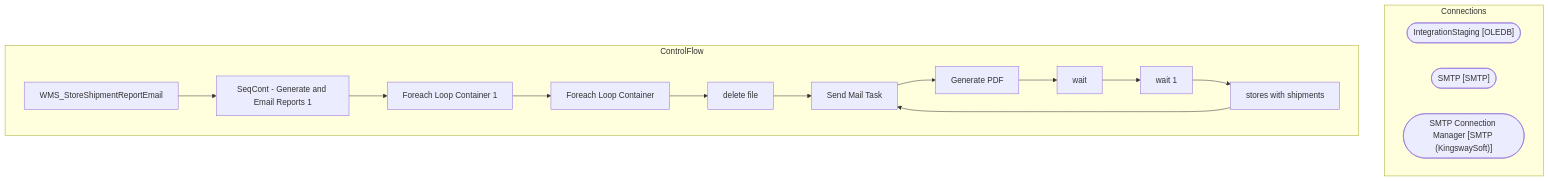
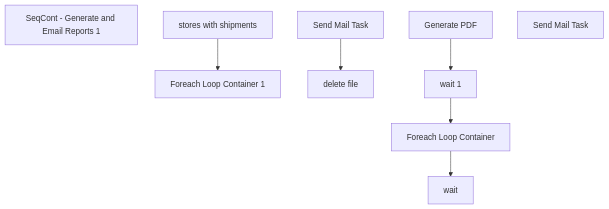
The diagram in bab-docs-explorer/Documentation/STL-SSIS-P-01/SSIS/WMS/WMS_StoreShipmentReportEmail.WMS_StoreShipmentReportEmail.md (juanandresbrain/BABSkills), drawn with Mermaid before and after one commit. The commit also changed other lines of this file and 273 other files, not shown here.

````diff
--- a/bab-docs-explorer/Documentation/STL-SSIS-P-01/SSIS/WMS/WMS_StoreShipmentReportEmail.WMS_StoreShipmentReportEmail.md
+++ b/bab-docs-explorer/Documentation/STL-SSIS-P-01/SSIS/WMS/WMS_StoreShipmentReportEmail.WMS_StoreShipmentReportEmail.md
@@ -9,31 +48,18 @@
 ```mermaid
 flowchart TD
-    subgraph Connections
-        IntegrationStaging_conn(["IntegrationStaging [OLEDB]"])
-        SMTP_conn(["SMTP [SMTP]"])
-        SMTP_Connection_Manager_conn(["SMTP Connection Manager [SMTP (KingswaySoft)]"])
-    end
-    subgraph ControlFlow
-        WMS_StoreShipmentReportEmail_task["WMS_StoreShipmentReportEmail"]
-        SeqCont___Generate_and_Email_Reports_1_task["SeqCont - Generate and Email Reports 1"]
-        WMS_StoreShipmentReportEmail_task --> SeqCont___Generate_and_Email_Reports_1_task
-        Foreach_Loop_Container_1_task["Foreach Loop Container 1"]
-        SeqCont___Generate_and_Email_Reports_1_task --> Foreach_Loop_Container_1_task
-        Foreach_Loop_Container_task["Foreach Loop Container"]
-        Foreach_Loop_Container_1_task --> Foreach_Loop_Container_task
-        delete_file_task["delete file"]
-        Foreach_Loop_Container_task --> delete_file_task
-        Send_Mail_Task_task["Send Mail Task"]
-        delete_file_task --> Send_Mail_Task_task
-        Generate_PDF_task["Generate PDF"]
-        Send_Mail_Task_task --> Generate_PDF_task
-        wait_task["wait"]
-        Generate_PDF_task --> wait_task
-        wait_1_task["wait 1"]
-        wait_task --> wait_1_task
-        stores_with_shipments_task["stores with shipments"]
-        wait_1_task --> stores_with_shipments_task
-        Send_Mail_Task_task["Send Mail Task"]
-        stores_with_shipments_task --> Send_Mail_Task_task
-    end
+    n_Package_SeqCont___Generate_and_Email_Reports_1["SeqCont - Generate and Email Reports 1"]
+    n_Package_SeqCont___Generate_and_Email_Reports_1_Foreach_Loop_Container_1["Foreach Loop Container 1"]
+    n_Package_SeqCont___Generate_and_Email_Reports_1_Foreach_Loop_Container_1_Foreach_Loop_Container["Foreach Loop Container"]
+    n_Package_SeqCont___Generate_and_Email_Reports_1_Foreach_Loop_Container_1_Foreach_Loop_Container_delete_file["delete file"]
+    n_Package_SeqCont___Generate_and_Email_Reports_1_Foreach_Loop_Container_1_Foreach_Loop_Container_Send_Mail_Task["Send Mail Task"]
+    n_Package_SeqCont___Generate_and_Email_Reports_1_Foreach_Loop_Container_1_Generate_PDF["Generate PDF"]
+    n_Package_SeqCont___Generate_and_Email_Reports_1_Foreach_Loop_Container_1_wait["wait"]
+    n_Package_SeqCont___Generate_and_Email_Reports_1_Foreach_Loop_Container_1_wait_1["wait 1"]
+    n_Package_SeqCont___Generate_and_Email_Reports_1_stores_with_shipments["stores with shipments"]
+    n_Package_EventHandlers_OnError__Send_Mail_Task["Send Mail Task"]
+    n_Package_SeqCont___Generate_and_Email_Reports_1_Foreach_Loop_Container_1_Foreach_Loop_Container_Send_Mail_Task --> n_Package_SeqCont___Generate_and_Email_Reports_1_Foreach_Loop_Container_1_Foreach_Loop_Container_delete_file
+    n_Package_SeqCont___Generate_and_Email_Reports_1_Foreach_Loop_Container_1_wait_1 --> n_Package_SeqCont___Generate_and_Email_Reports_1_Foreach_Loop_Container_1_Foreach_Loop_Container
+    n_Package_SeqCont___Generate_and_Email_Reports_1_Foreach_Loop_Container_1_Generate_PDF --> n_Package_SeqCont___Generate_and_Email_Reports_1_Foreach_Loop_Container_1_wait_1
+    n_Package_SeqCont___Generate_and_Email_Reports_1_Foreach_Loop_Container_1_Foreach_Loop_Container --> n_Package_SeqCont___Generate_and_Email_Reports_1_Foreach_Loop_Container_1_wait
+    n_Package_SeqCont___Generate_and_Email_Reports_1_stores_with_shipments --> n_Package_SeqCont___Generate_and_Email_Reports_1_Foreach_Loop_Container_1
 ```
````
